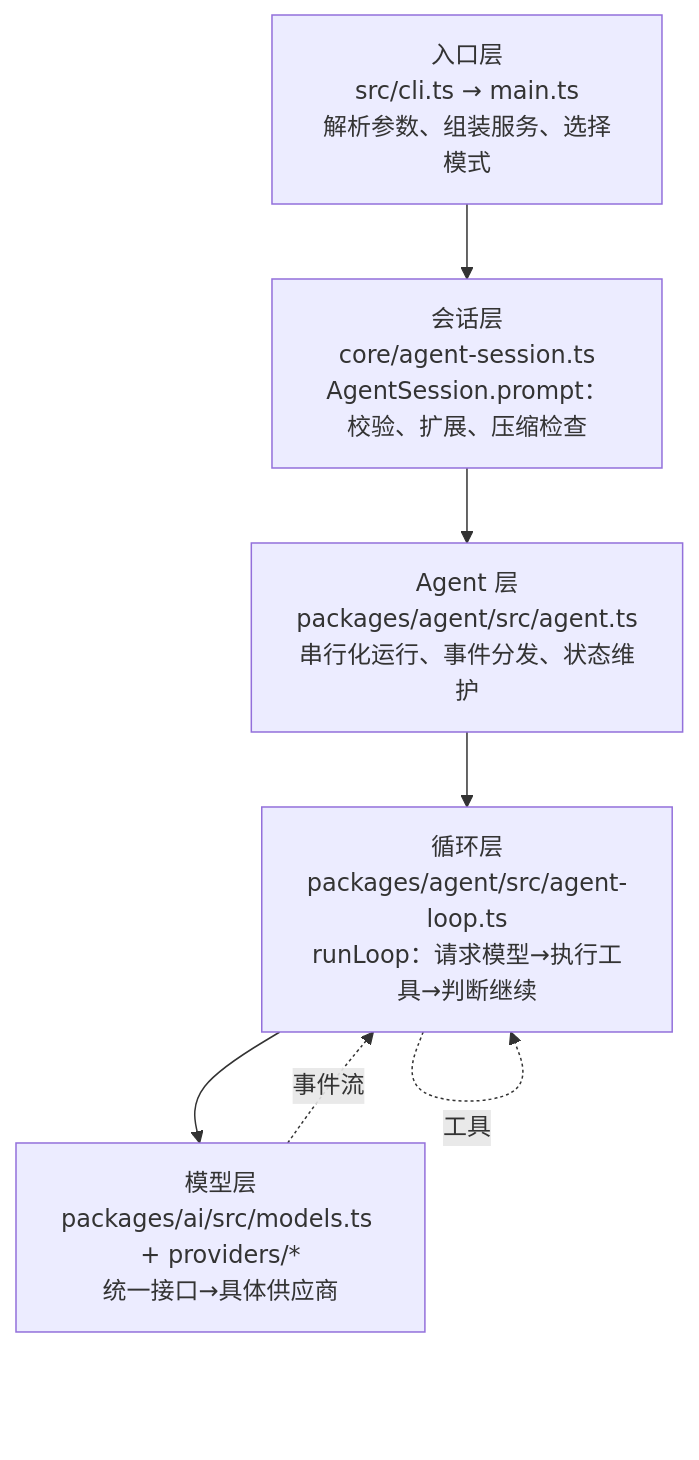
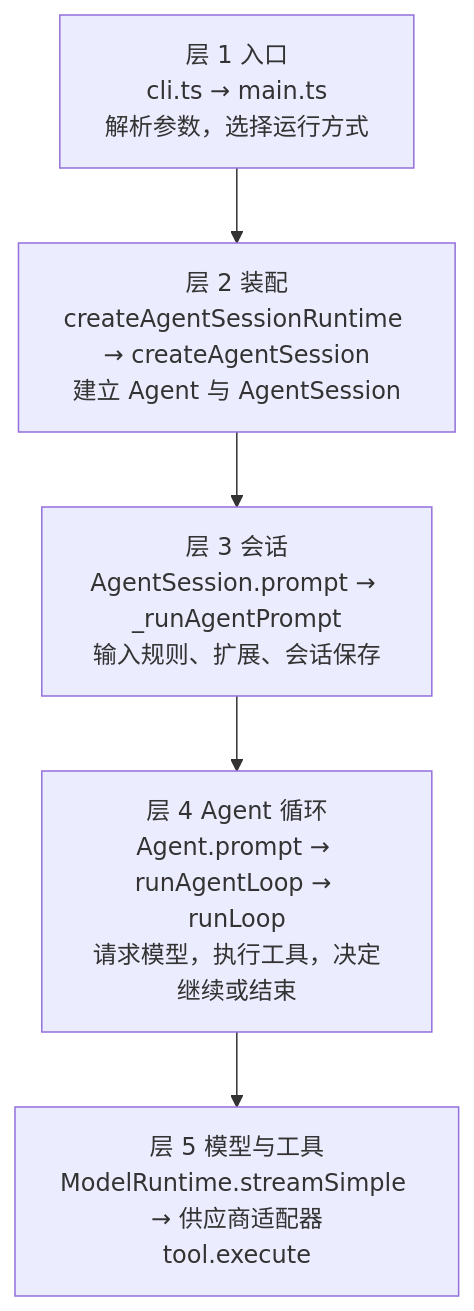
One commit to yipen9/pi changed the first of 2 diagrams in docs/learning/zh-CN/task-02-request-journey.md. Above: the diagram before and after it, drawn with Mermaid. The commit also changed other lines of this file and 19 other files, not shown here.

````diff
--- a/docs/learning/zh-CN/task-02-request-journey.md
+++ b/docs/learning/zh-CN/task-02-request-journey.md
@@ -302,11 +54,9 @@
 ```mermaid
 flowchart TD
-  L1[入口层<br/>src/cli.ts → main.ts<br/>解析参数、组装服务、选择模式]
-  L2[会话层<br/>core/agent-session.ts<br/>AgentSession.prompt：校验、扩展、压缩检查]
-  L3[Agent 层<br/>packages/agent/src/agent.ts<br/>串行化运行、事件分发、状态维护]
-  L4[循环层<br/>packages/agent/src/agent-loop.ts<br/>runLoop：请求模型→执行工具→判断继续]
-  L5[模型层<br/>packages/ai/src/models.ts + providers/*<br/>统一接口→具体供应商]
+  L1[层 1 入口<br/>cli.ts → main.ts<br/>解析参数，选择运行方式]
+  L2[层 2 装配<br/>createAgentSessionRuntime → createAgentSession<br/>建立 Agent 与 AgentSession]
+  L3[层 3 会话<br/>AgentSession.prompt → _runAgentPrompt<br/>输入规则、扩展、会话保存]
+  L4[层 4 Agent 循环<br/>Agent.prompt → runAgentLoop → runLoop<br/>请求模型，执行工具，决定继续或结束]
+  L5[层 5 模型与工具<br/>ModelRuntime.streamSimple → 供应商适配器<br/>tool.execute]
   L1 --> L2 --> L3 --> L4 --> L5
-  L5 -.事件流.-> L4
-  L4 -.工具.-> L4
 ```
````
